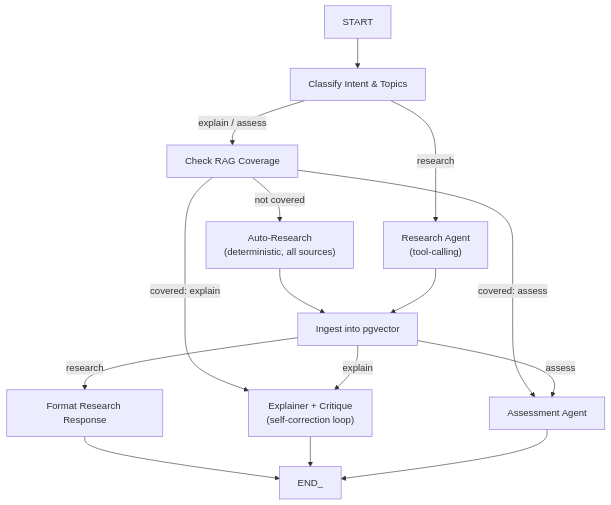
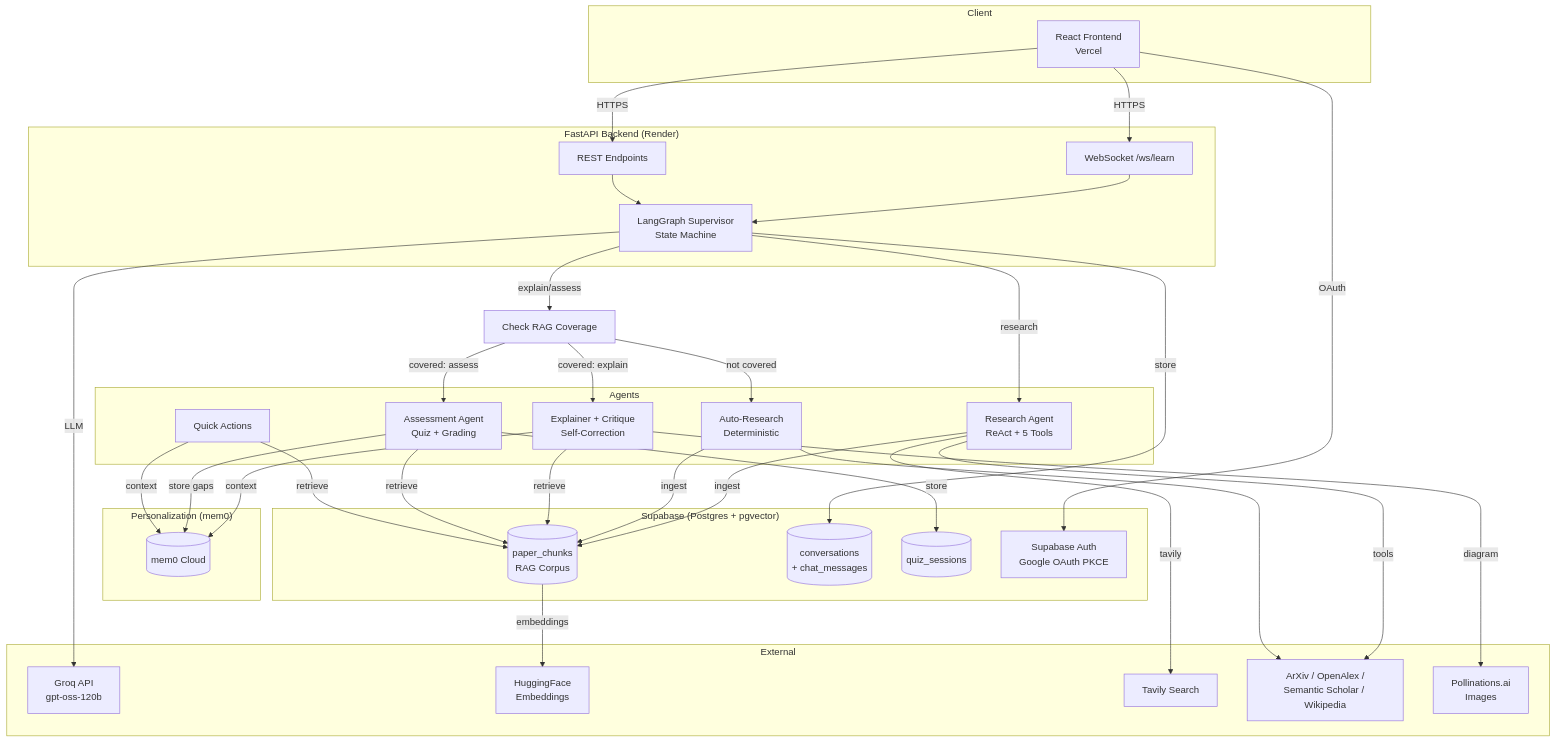
The diagram in README.md (PrashantAghara/learn-loop), drawn with Mermaid before and after one commit. The commit also changed other lines of this file and 6 other files, not shown here.

````diff
--- a/README.md
+++ b/README.md
@@ -25,17 +13,73 @@
 ```mermaid
 flowchart TD
-    START --> classify[Classify Intent & Topics]
-    classify -->|research| research_agent["Research Agent<br/>(tool-calling)"]
-    classify -->|explain / assess| check_sources[Check RAG Coverage]
-    check_sources -->|covered: explain| explain["Explainer + Critique<br/>(self-correction loop)"]
-    check_sources -->|covered: assess| assess[Assessment Agent]
-    check_sources -->|not covered| auto_research["Auto-Research<br/>(deterministic, all sources)"]
-    auto_research --> ingest[Ingest into pgvector]
-    research_agent --> ingest
-    ingest -->|research| format_research[Format Research Response]
-    ingest -->|explain| explain
-    ingest -->|assess| assess
-    format_research --> END_
-    explain --> END_
-    assess --> END_
+    subgraph Client
+        UI[React Frontend<br/>Vercel]
+    end
+
+    subgraph Backend["FastAPI Backend (Render)"]
+        WS[WebSocket /ws/learn]
+        REST[REST Endpoints]
+        Supervisor[LangGraph Supervisor<br/>State Machine]
+    end
+
+    subgraph Agents
+        Research[Research Agent<br/>ReAct + 5 Tools]
+        AutoResearch[Auto-Research<br/>Deterministic]
+        Explainer[Explainer + Critique<br/>Self-Correction]
+        Assessment[Assessment Agent<br/>Quiz + Grading]
+        QuickActions[Quick Actions]
+    end
+
+    subgraph Memory["Personalization (mem0)"]
+        MemStore[(mem0 Cloud)]
+    end
+
+    subgraph Data["Supabase (Postgres + pgvector)"]
+        RAG[(paper_chunks<br/>RAG Corpus)]
+        Conversations[(conversations<br/>+ chat_messages)]
+        Quizzes[(quiz_sessions)]
+        Auth[Supabase Auth<br/>Google OAuth PKCE]
+    end
+
+    subgraph External
+        Groq[Groq API<br/>gpt-oss-120b]
+        HF[HuggingFace<br/>Embeddings]
+        Tavily[Tavily Search]
+        Sources[ArXiv / OpenAlex /<br/>Semantic Scholar / Wikipedia]
+        Pollinations[Pollinations.ai<br/>Images]
+    end
+
+    UI -->|HTTPS| WS
+    UI -->|HTTPS| REST
+    UI -->|OAuth| Auth
+
+    WS --> Supervisor
+    REST --> Supervisor
+
+    Supervisor -->|research| Research
+    Supervisor -->|explain/assess| CheckSources[Check RAG Coverage]
+    CheckSources -->|covered: explain| Explainer
+    CheckSources -->|covered: assess| Assessment
+    CheckSources -->|not covered| AutoResearch
+
+    Research -->|tools| Sources
+    Research -->|tavily| Tavily
+    AutoResearch --> Sources
+
+    Research -->|ingest| RAG
+    AutoResearch -->|ingest| RAG
+
+    Explainer -->|retrieve| RAG
+    Explainer -->|context| MemStore
+    Assessment -->|retrieve| RAG
+    Assessment -->|store gaps| MemStore
+    QuickActions -->|retrieve| RAG
+    QuickActions -->|context| MemStore
+
+    Explainer -->|diagram| Pollinations
+    Supervisor -->|store| Conversations
+    Assessment -->|store| Quizzes
+
+    Supervisor -->|LLM| Groq
+    RAG -->|embeddings| HF
 ```
````
